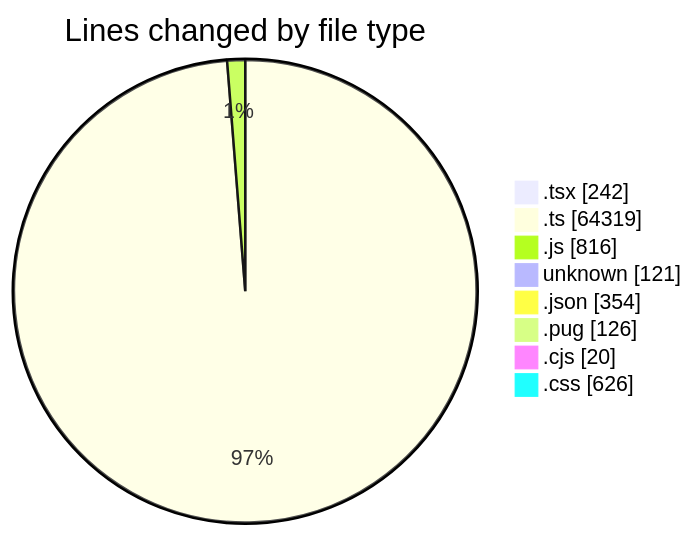
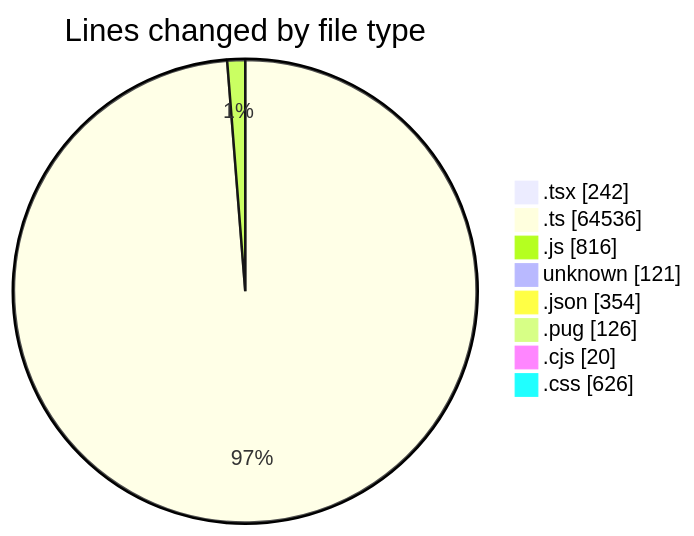
The first of 2 diagrams in 2026-06-01/cda/README.md (momahboobian/code-tracking), drawn with Mermaid before and after one commit. The commit also changed other lines of this file and 1 other file, not shown here.

````diff
--- a/2026-06-01/cda/README.md
+++ b/2026-06-01/cda/README.md
@@ -69,12 +70,12 @@
 ```mermaid
 pie showData
 title Lines changed by file type
 ".tsx" : 242
-".ts" : 64319
+".ts" : 64536
 ".js" : 816
 "unknown" : 121
 ".json" : 354
 ".pug" : 126
 ".cjs" : 20
 ".css" : 626
 ```
````
